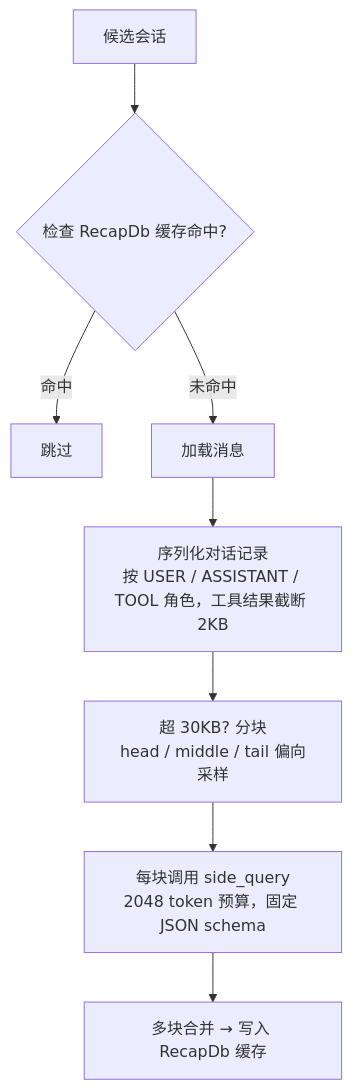
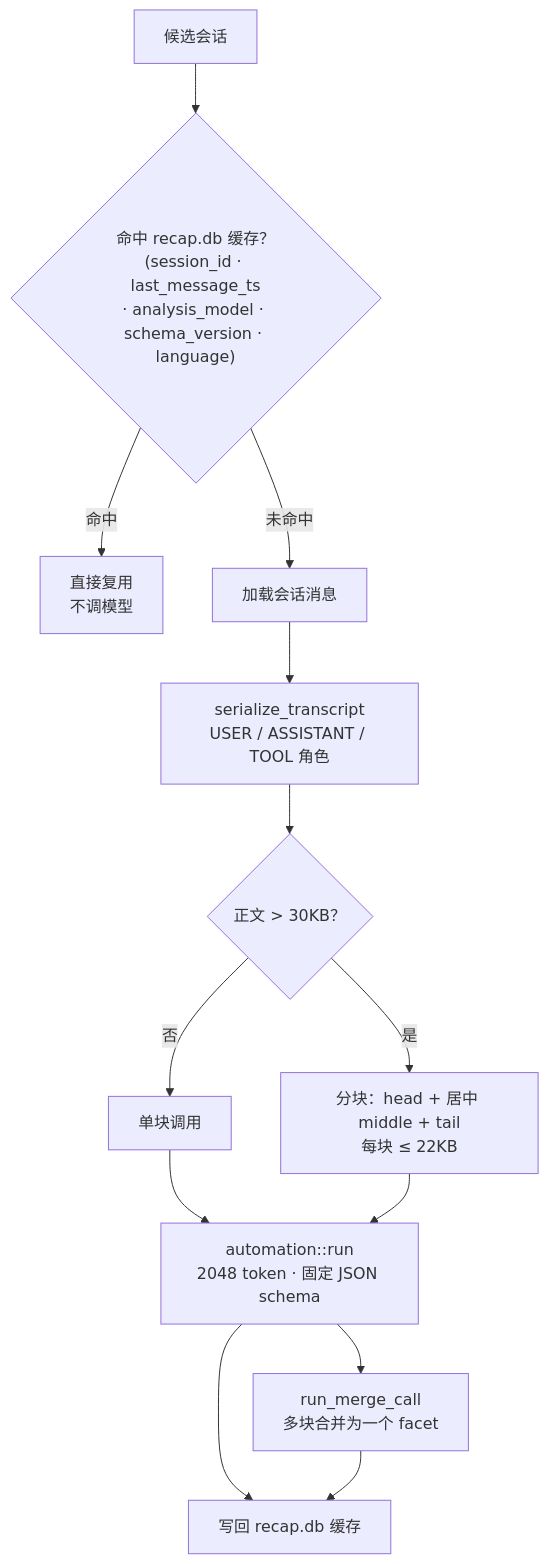
One commit to shiwenwen/hope-agent changed the third of 5 diagrams in docs/architecture/recap.md. Above: the diagram before and after it, drawn with Mermaid. The commit also changed other lines of this file and 7 other files, not shown here.

First line of the commit message:
🦭docs: 补齐 8 篇漏掉的中型文档（ask-user/chat-engine/design-space/lsp/permission-system/recap/self-update/session）

````diff
--- a/docs/architecture/recap.md
+++ b/docs/architecture/recap.md
@@ -163,15 +155,20 @@
 ```mermaid
 flowchart TD
     CAND["候选会话"]
-    CACHE{"检查 RecapDb 缓存命中?"}
-    SKIP["跳过"]
-    LOAD["加载消息"]
-    SER["序列化对话记录<br/>按 USER / ASSISTANT / TOOL 角色，工具结果截断 2KB"]
-    CHUNK["超 30KB? 分块<br/>head / middle / tail 偏向采样"]
-    SQ["每块调用 side_query<br/>2048 token 预算，固定 JSON schema"]
-    MERGE["多块合并 → 写入 RecapDb 缓存"]
+    CACHE{"命中 recap.db 缓存？<br/>(session_id · last_message_ts<br/>· analysis_model · schema_version · language)"}
+    SKIP["直接复用<br/>不调模型"]
+    LOAD["加载会话消息"]
+    SER["serialize_transcript<br/>USER / ASSISTANT / TOOL 角色"]
+    SIZE{"正文 > 30KB？"}
+    ONE["单块调用"]
+    CHUNK["分块：head + 居中 middle + tail<br/>每块 ≤ 22KB"]
+    RUN["automation::run<br/>2048 token · 固定 JSON schema"]
+    MERGE["run_merge_call<br/>多块合并为一个 facet"]
+    SAVE["写回 recap.db 缓存"]
 
     CAND --> CACHE
-    CACHE -->|"命中"| SKIP
-    CACHE -->|"未命中"| LOAD --> SER --> CHUNK --> SQ --> MERGE
+    CACHE -->|命中| SKIP
+    CACHE -->|未命中| LOAD --> SER --> SIZE
+    SIZE -->|否| ONE --> RUN --> SAVE
+    SIZE -->|是| CHUNK --> RUN --> MERGE --> SAVE
 ```
````
